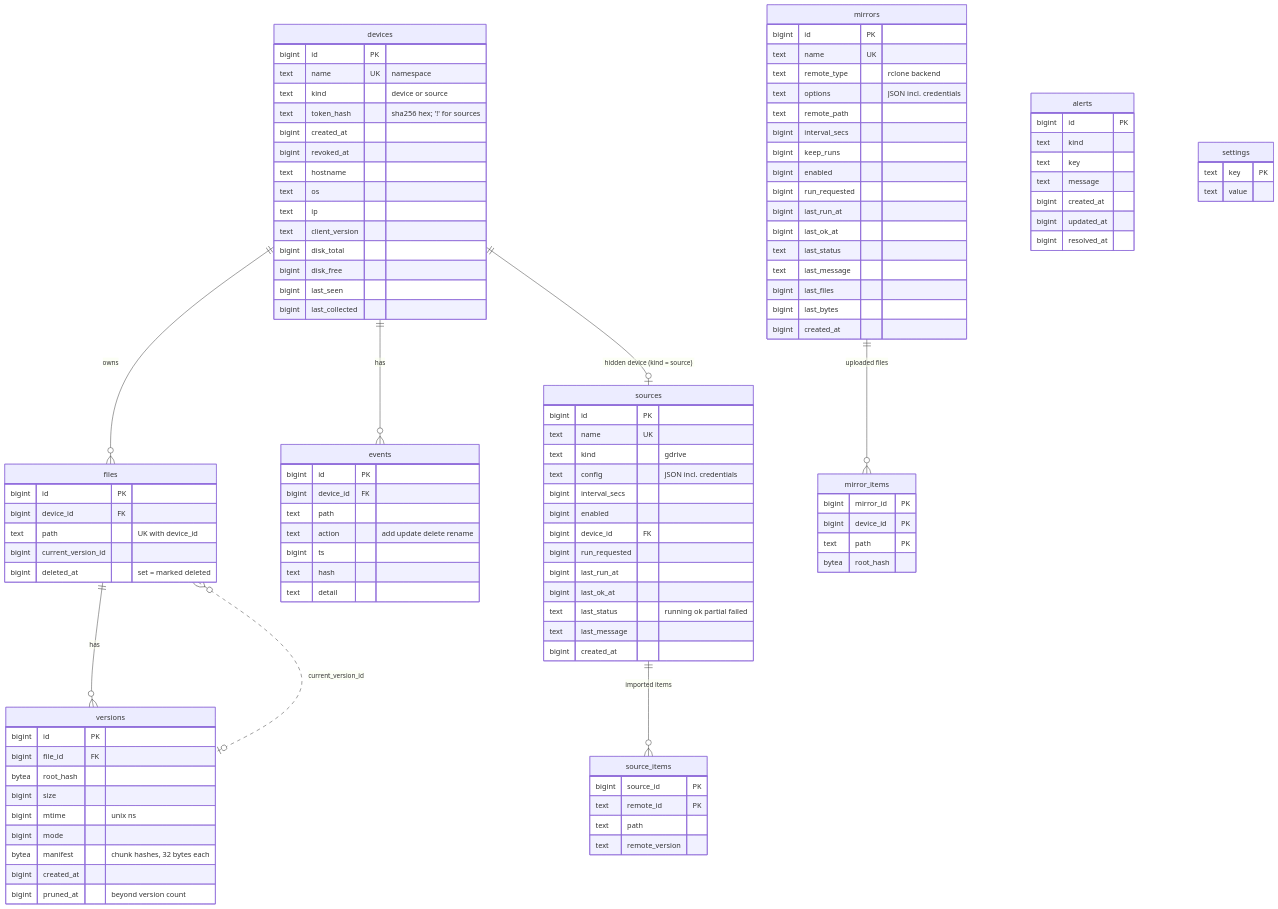
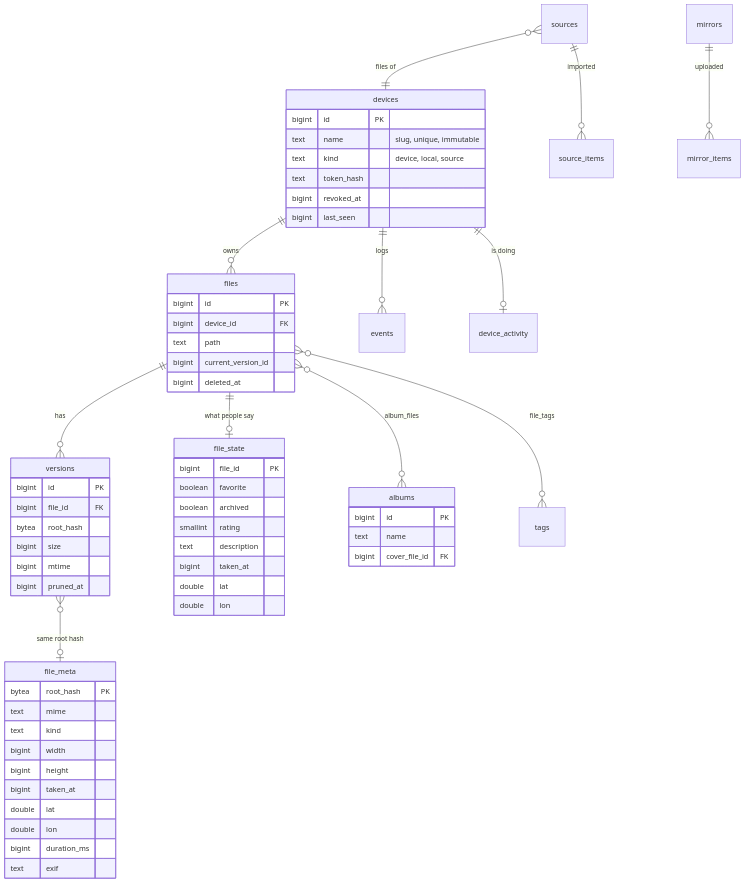
One commit to jameelhamdan/fafnirx changed the third of 3 diagrams in docs/architecture.md. Above: the diagram before and after it, drawn with Mermaid. The commit also changed other lines of this file and 221 other files, not shown here.

````diff
--- a/docs/architecture.md
+++ b/docs/architecture.md
@@ -141,112 +137,64 @@
 ```mermaid
 erDiagram
-    devices ||--o{ files : "owns"
-    devices ||--o{ events : "has"
-    files ||--o{ versions : "has"
-    files }o..o| versions : "current_version_id"
-    devices ||--o| sources : "hidden device (kind = source)"
-    sources ||--o{ source_items : "imported items"
-    mirrors ||--o{ mirror_items : "uploaded files"
-
+    devices ||--o{ files : owns
+    files ||--o{ versions : has
+    devices ||--o{ events : logs
+    devices ||--o| device_activity : "is doing"
+    sources ||--o{ source_items : imported
+    sources }o--|| devices : "files of"
+    mirrors ||--o{ mirror_items : uploaded
+    versions }o--o| file_meta : "same root hash"
     devices {
         bigint id PK
-        text name UK "namespace"
-        text kind "device or source"
-        text token_hash "sha256 hex; '!' for sources"
-        bigint created_at
+        text name "slug, unique, immutable"
+        text kind "device, local, source"
+        text token_hash
         bigint revoked_at
-        text hostname
-        text os
-        text ip
-        text client_version
-        bigint disk_total
-        bigint disk_free
         bigint last_seen
-        bigint last_collected
     }
     files {
         bigint id PK
         bigint device_id FK
-        text path "UK with device_id"
+        text path
         bigint current_version_id
-        bigint deleted_at "set = marked deleted"
+        bigint deleted_at
     }
     versions {
         bigint id PK
         bigint file_id FK
         bytea root_hash
         bigint size
-        bigint mtime "unix ns"
-        bigint mode
-        bytea manifest "chunk hashes, 32 bytes each"
-        bigint created_at
-        bigint pruned_at "beyond version count"
+        bigint mtime
+        bigint pruned_at
     }
-    events {
+    file_meta {
+        bytea root_hash PK
+        text mime
+        text kind
+        bigint width
+        bigint height
+        bigint taken_at
+        double lat
+        double lon
+        bigint duration_ms
+        text exif
+    }
+    file_state {
+        bigint file_id PK
+        boolean favorite
+        boolean archived
+        smallint rating
+        text description
+        bigint taken_at
+        double lat
+        double lon
+    }
+    albums {
         bigint id PK
-        bigint device_id FK
-        text path
-        text action "add update delete rename"
-        bigint ts
-        text hash
-        text detail
+        text name
+        bigint cover_file_id FK
     }
-    alerts {
-        bigint id PK
-        text kind
-        text key
-        text message
-        bigint created_at
-        bigint updated_at
-        bigint resolved_at
-    }
-    sources {
-        bigint id PK
-        text name UK
-        text kind "gdrive"
-        text config "JSON incl. credentials"
-        bigint interval_secs
-        bigint enabled
-        bigint device_id FK
-        bigint run_requested
-        bigint last_run_at
-        bigint last_ok_at
-        text last_status "running ok partial failed"
-        text last_message
-        bigint created_at
-    }
-    source_items {
-        bigint source_id PK
-        text remote_id PK
-        text path
-        text remote_version
-    }
-    mirrors {
-        bigint id PK
-        text name UK
-        text remote_type "rclone backend"
-        text options "JSON incl. credentials"
-        text remote_path
-        bigint interval_secs
-        bigint keep_runs
-        bigint enabled
-        bigint run_requested
-        bigint last_run_at
-        bigint last_ok_at
-        text last_status
-        text last_message
-        bigint last_files
-        bigint last_bytes
-        bigint created_at
-    }
-    mirror_items {
-        bigint mirror_id PK
-        bigint device_id PK
-        text path PK
-        bytea root_hash
-    }
-    settings {
-        text key PK
-        text value
-    }
+    files ||--o| file_state : "what people say"
+    files }o--o{ albums : "album_files"
+    files }o--o{ tags : "file_tags"
 ```
````
